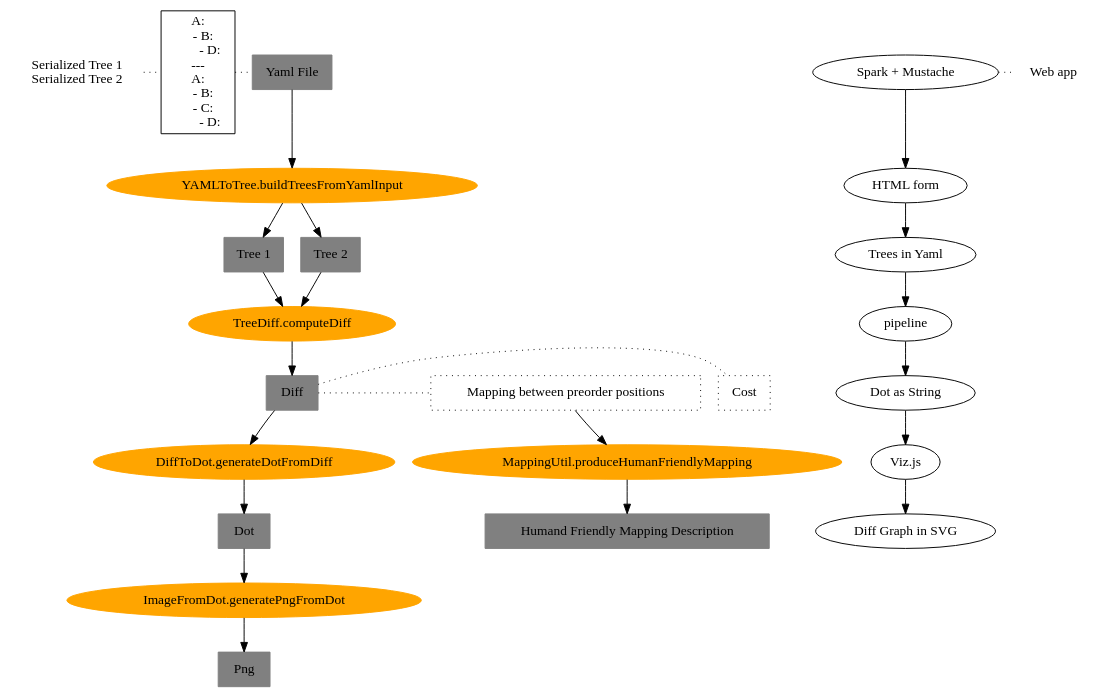
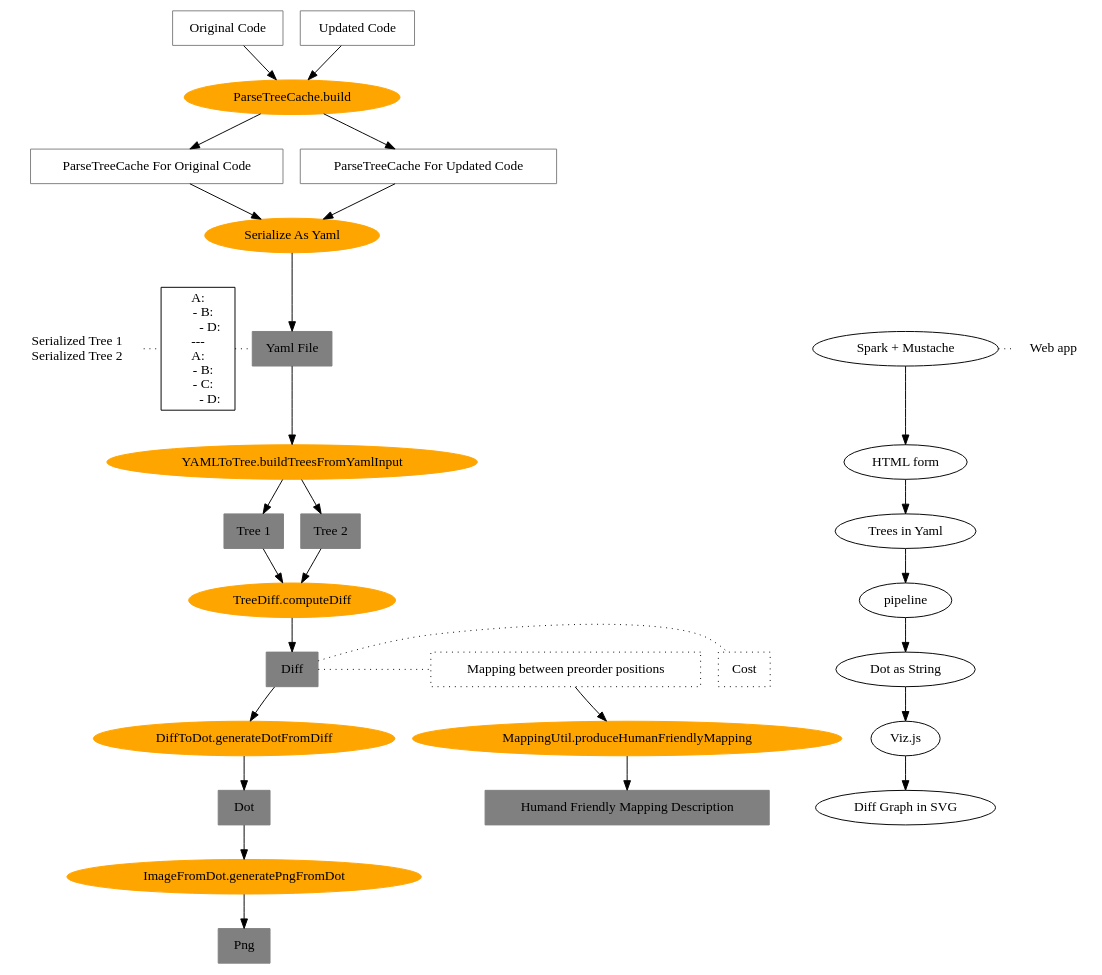
The diagram in doc/pipeline/Pipeline.dot (cagdasgerede/Veysel), drawn with Graphviz before and after one commit. The commit also changed 1 other file, not shown here.

Commit message:
Extend the pipeline with the conversion from java to the combined yaml

```diff
--- a/doc/pipeline/Pipeline.dot
+++ b/doc/pipeline/Pipeline.dot
@@ -1,53 +1,68 @@
 digraph G {
+  "Original Code" [shape=box color=gray];
+  "Updated Code" [shape=box color=gray];
+  "ParseTreeCache For Original Code" [shape=box color=gray];
+  "ParseTreeCache For Updated Code" [shape=box color=gray];
+  "ParseTreeCache.build" [color=orange style=filled];
+  "Original Code" -> "ParseTreeCache.build";
+  "Updated Code" -> "ParseTreeCache.build";
+  "ParseTreeCache.build" -> "ParseTreeCache For Original Code";
+  "ParseTreeCache.build" -> "ParseTreeCache For Updated Code";
+  "Serialize As Yaml" [color=orange style=filled];
+  "ParseTreeCache For Original Code" -> "Serialize As Yaml";
+  "ParseTreeCache For Updated Code" -> "Serialize As Yaml";
+  "Serialize As Yaml" -> "Yaml File";
+
+  
   "YamlContentLabel" [label="Serialized Tree 1\nSerialized Tree 2" shape=plaintext];
   "Yaml File" [shape=box color=gray style=filled];
   "YamlContent" [label="A:\n    - B:\n        - D:\n---\nA:\n    - B:\n    - C:\n        - D:" shape=box];
   { rank=same; "Yaml File" "YamlContent" "YamlContentLabel" }
   "Tree 1" [shape=box color=gray style=filled];
   "Tree 2" [shape=box color=gray style=filled];
   "Diff" [group=g1 shape=box color=gray style=filled];
   "Dot" [shape=box color=gray style=filled];
   "Png" [shape=box color=gray style=filled];
   "Humand Friendly Mapping Description" [shape=box color=gray style=filled];
   "Cost" [shape=box style=dotted];
   "Mapping between preorder positions" [group=g3 shape=box style=dotted];
 
   "YAMLToTree.buildTreesFromYamlInput" [color=orange style=filled];
   "TreeDiff.computeDiff" [color=orange style=filled];
   "DiffToDot.generateDotFromDiff" [group=g2 color=orange style=filled];
   "ImageFromDot.generatePngFromDot" [color=orange style=filled];
   "MappingUtil.produceHumanFriendlyMapping" [group=g4 color=orange style=filled];
   { rank=same; "DiffToDot.generateDotFromDiff" "MappingUtil.produceHumanFriendlyMapping" };
   { rank=same; "Diff" "Mapping between preorder positions" "Cost"};
 
 
   "Spark + Mustache";
   "WebLabel" [label="Web app" shape=plaintext];
   "Spark + Mustache" -> "WebLabel" [style=dotted arrowhead=none];
   "Spark + Mustache" -> "HTML form" -> "Trees in Yaml" -> "pipeline" -> "Dot as String" -> "Viz.js" -> "Diff Graph in SVG";
   { rank=same; "Yaml File" "Spark + Mustache" "WebLabel" }
 
   "YamlContentLabel" -> "YamlContent" [style=dotted arrowhead=none];
   "YamlContent" -> "Yaml File" [style=dotted arrowhead=none];
 
   "Yaml File" -> "YAMLToTree.buildTreesFromYamlInput";
   "YAMLToTree.buildTreesFromYamlInput" -> "Tree 1";
   "YAMLToTree.buildTreesFromYamlInput" -> "Tree 2";
   "Tree 1" -> "TreeDiff.computeDiff";
   "Tree 2" -> "TreeDiff.computeDiff";
   "TreeDiff.computeDiff" -> "Diff";
   "Diff" -> "Cost" [style=dotted arrowhead=none];
   "Diff" -> "Mapping between preorder positions" [style=dotted arrowhead=none];
 
   "Mapping between preorder positions" -> "MappingUtil.produceHumanFriendlyMapping";
   "MappingUtil.produceHumanFriendlyMapping" -> "Humand Friendly Mapping Description";
 
   "Diff" -> "DiffToDot.generateDotFromDiff";
   "DiffToDot.generateDotFromDiff" -> "Dot";
   "Dot" -> "ImageFromDot.generatePngFromDot";
   "ImageFromDot.generatePngFromDot" -> "Png";
 
   edge[style=invis];
   "Diff" -> "DiffToDot.generateDotFromDiff";
   "Mapping between preorder positions" -> "MappingUtil.produceHumanFriendlyMapping";
 }
```
